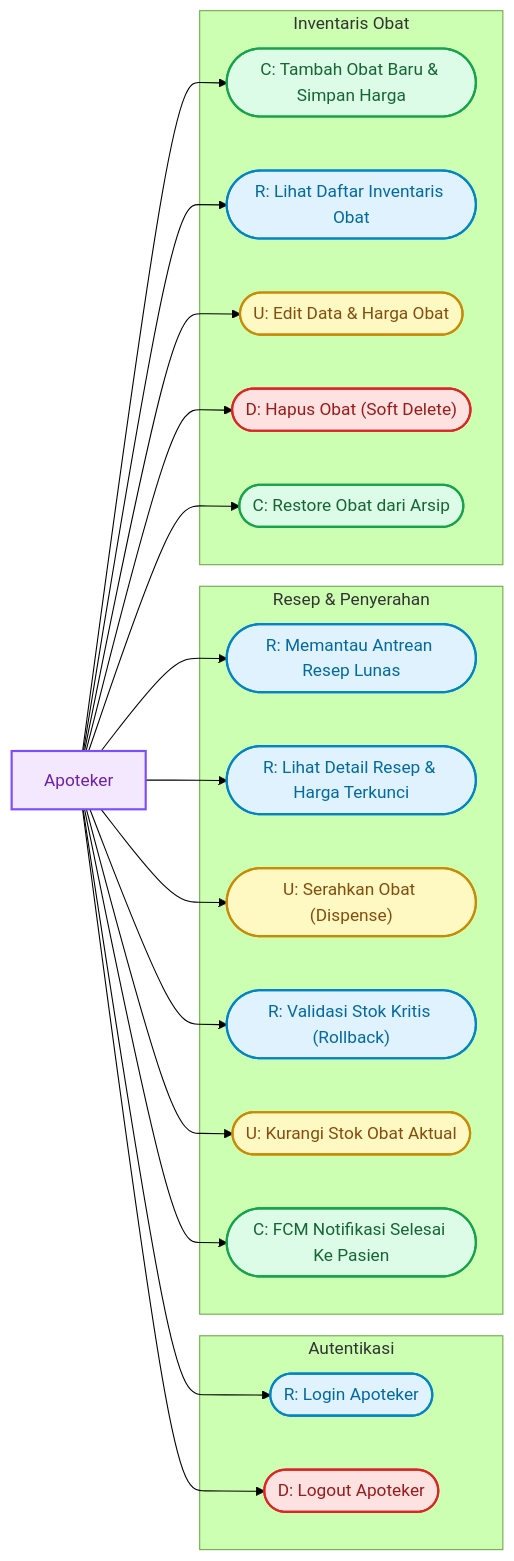
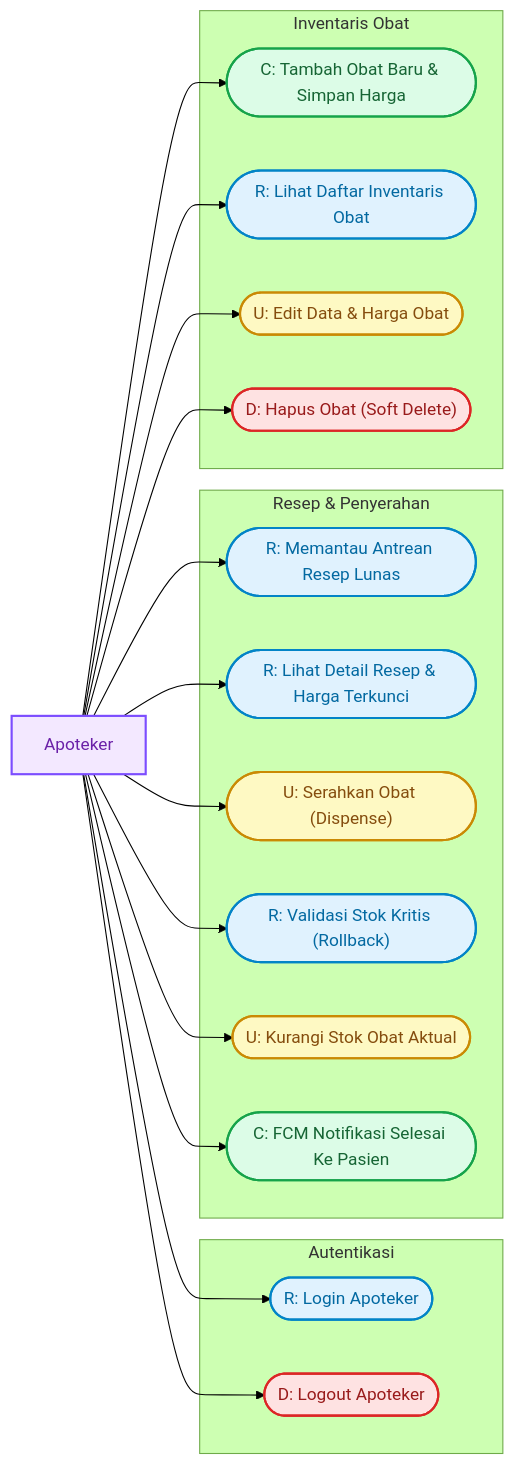
The fourth of 5 diagrams in dokumentasi/USECASE_DIAGRAM.md (Rezi14/NalaSeva-Mobile-Test), drawn with Mermaid (forest theme) before and after one commit. The commit also changed other lines of this file, not shown here.

````diff
--- a/dokumentasi/USECASE_DIAGRAM.md
+++ b/dokumentasi/USECASE_DIAGRAM.md
@@ -426,46 +418,44 @@
 ```mermaid
 flowchart LR
   classDef actorStyle fill:#f3e8ff,stroke:#7c4dff,stroke-width:2px,color:#6b21a8;
   classDef cStyle fill:#dcfce7,stroke:#16a34a,stroke-width:2px,color:#166534;
   classDef rStyle fill:#e0f2fe,stroke:#0284c7,stroke-width:2px,color:#0369a1;
   classDef uStyle fill:#fef9c3,stroke:#ca8a04,stroke-width:2px,color:#854d0e;
   classDef dStyle fill:#fee2e2,stroke:#dc2626,stroke-width:2px,color:#991b1b;
 
   Apoteker[Apoteker]:::actorStyle
 
   subgraph AuthAp ["Autentikasi"]
     R0(["R: Login Apoteker"]):::rStyle
     D0(["D: Logout Apoteker"]):::dStyle
   end
 
   subgraph ResepAp ["Resep & Penyerahan"]
     R1(["R: Memantau Antrean Resep Lunas"]):::rStyle
     R2(["R: Lihat Detail Resep & Harga Terkunci"]):::rStyle
     U1(["U: Serahkan Obat (Dispense)"]):::uStyle
     R3(["R: Validasi Stok Kritis (Rollback)"]):::rStyle
     U2(["U: Kurangi Stok Obat Aktual"]):::uStyle
     C1(["C: FCM Notifikasi Selesai Ke Pasien"]):::cStyle
   end
 
   subgraph InventarisAp ["Inventaris Obat"]
     C2(["C: Tambah Obat Baru & Simpan Harga"]):::cStyle
     R4(["R: Lihat Daftar Inventaris Obat"]):::rStyle
     U3(["U: Edit Data & Harga Obat"]):::uStyle
     D1(["D: Hapus Obat (Soft Delete)"]):::dStyle
-    C3(["C: Restore Obat dari Arsip"]):::cStyle
   end
 
   Apoteker --> R0
   Apoteker --> D0
   Apoteker --> R1
   Apoteker --> R2
   Apoteker --> U1
   Apoteker --> R3
   Apoteker --> U2
   Apoteker --> C1
   Apoteker --> C2
   Apoteker --> R4
   Apoteker --> U3
   Apoteker --> D1
-  Apoteker --> C3
 ```
````
